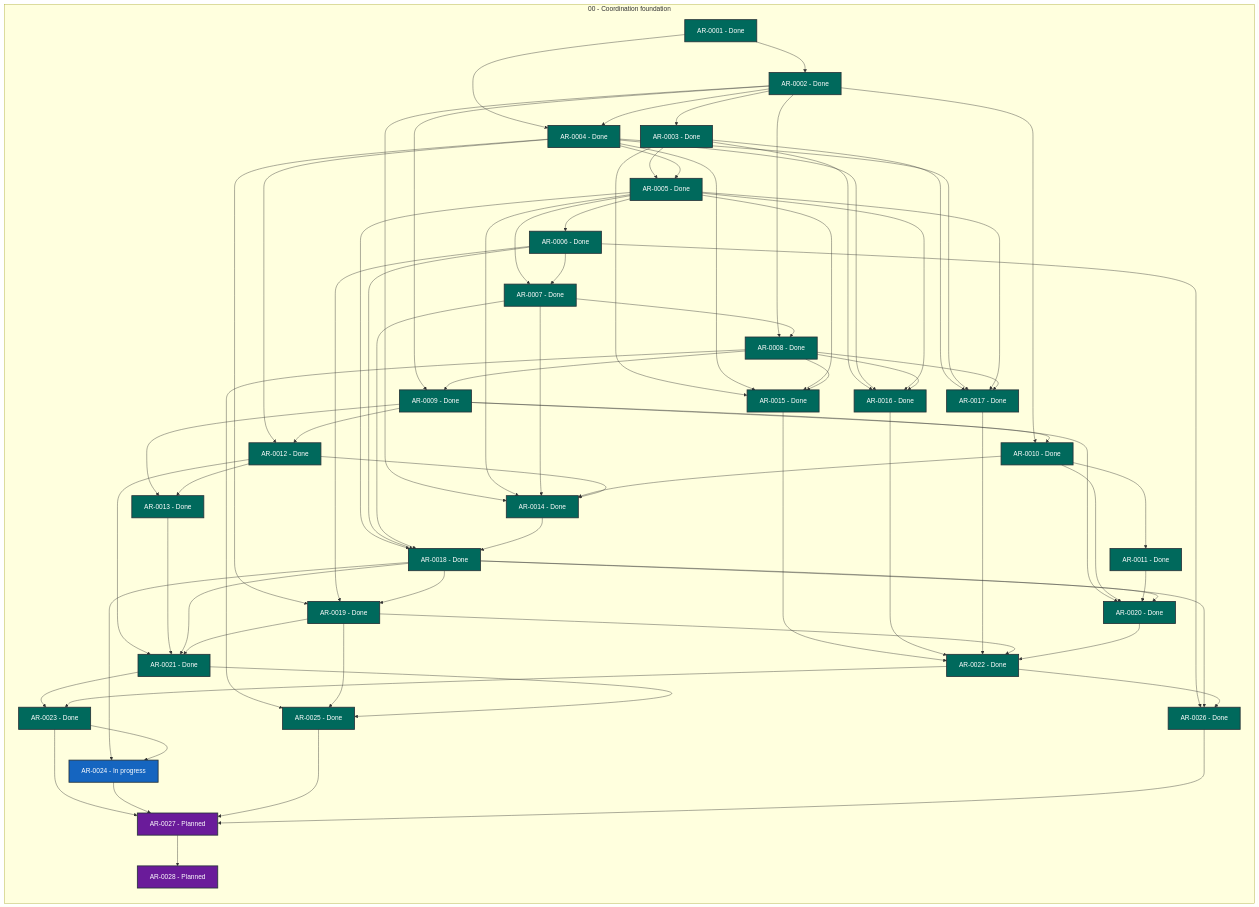
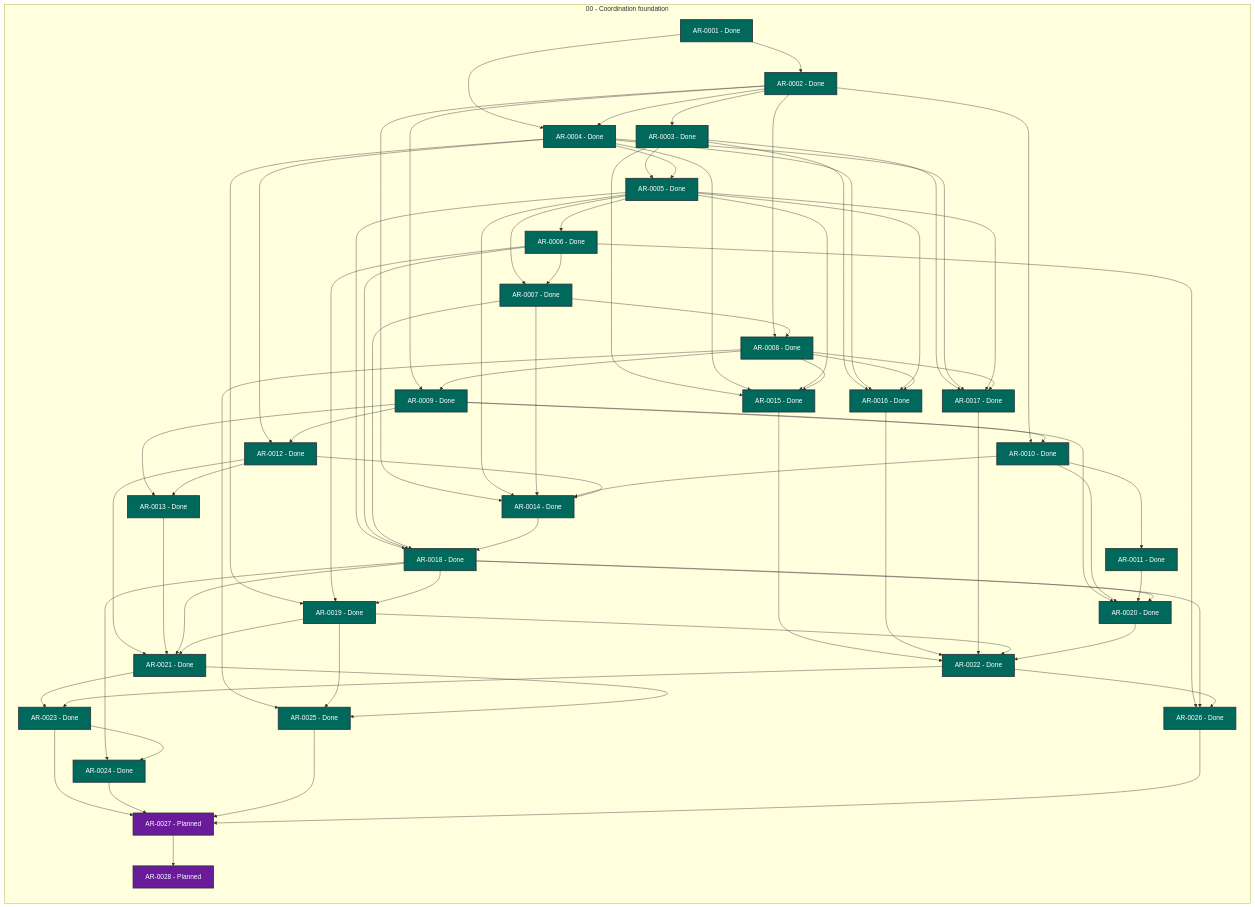
One commit to martin-beck/agent-workflow-runtime-state changed the diagram in STATUS.md. Above: the diagram before and after it, drawn with Mermaid. The commit also changed other lines of this file and 2 other files, not shown here.

```diff
--- a/STATUS.md
+++ b/STATUS.md
@@ -51,7 +51,7 @@
         AR_0021["AR-0021 - Done"]:::status_done
         AR_0022["AR-0022 - Done"]:::status_done
         AR_0023["AR-0023 - Done"]:::status_done
-        AR_0024["AR-0024 - In progress"]:::status_in_progress
+        AR_0024["AR-0024 - Done"]:::status_done
         AR_0025["AR-0025 - Done"]:::status_done
         AR_0026["AR-0026 - Done"]:::status_done
         AR_0027["AR-0027 - Planned"]:::status_planned
```
